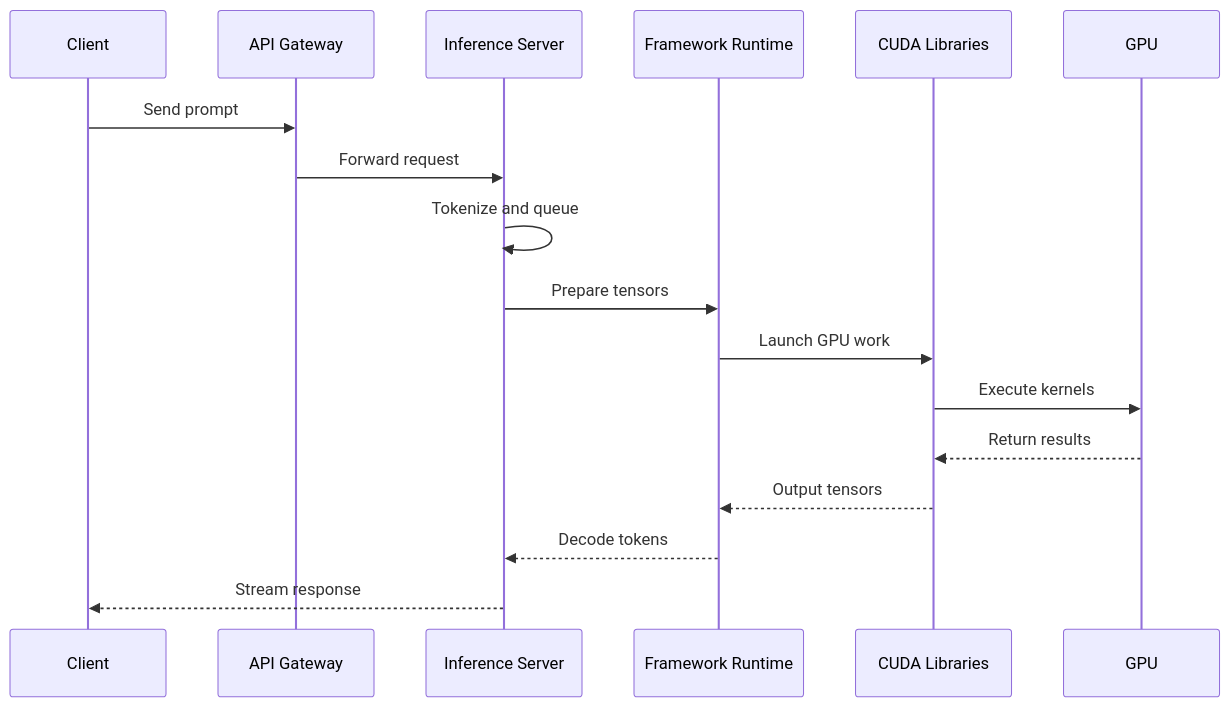
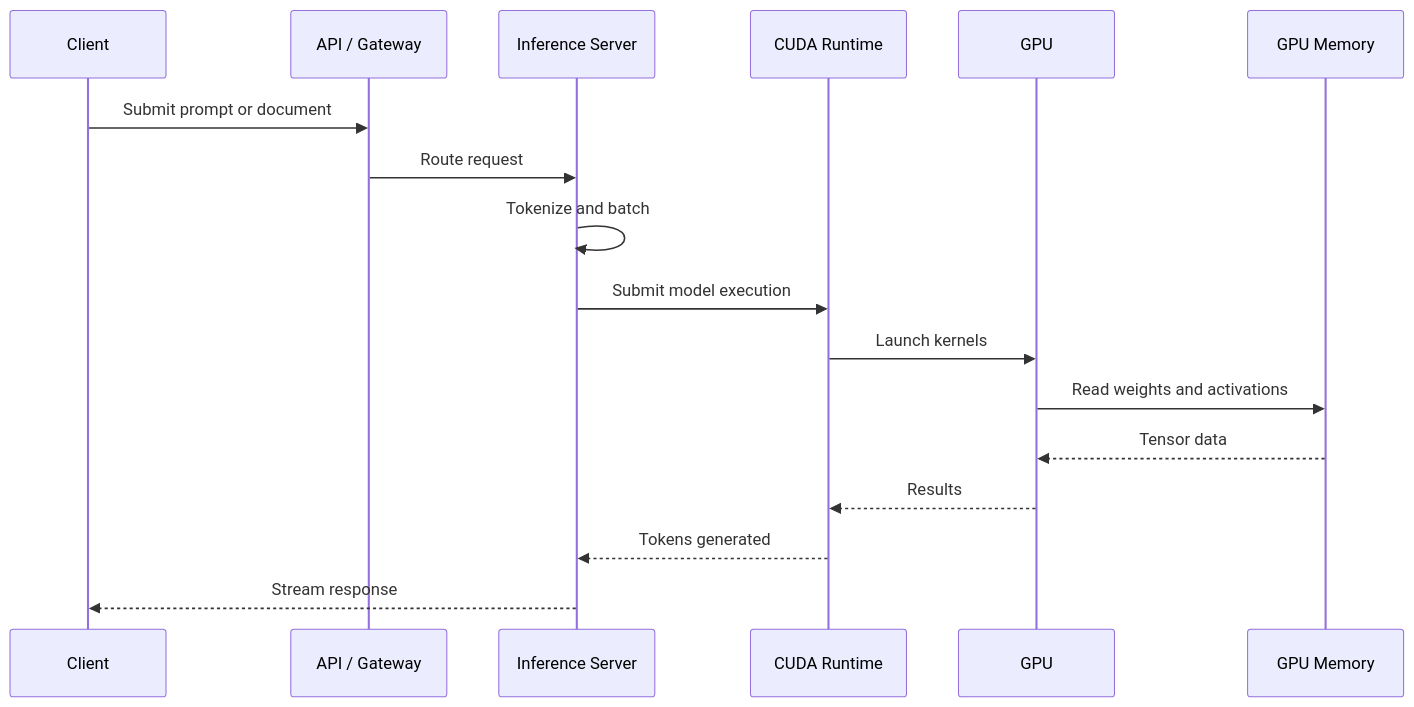
The second of 2 diagrams in docs/nvidia-zero-to-hero/volume-01/chapter-01-what-is-ai-infrastructure.md (jithinpnjm/nvidia-devops), drawn with Mermaid before and after one commit. The commit also changed other lines of this file, not shown here.

````diff
--- a/docs/nvidia-zero-to-hero/volume-01/chapter-01-what-is-ai-infrastructure.md
+++ b/docs/nvidia-zero-to-hero/volume-01/chapter-01-what-is-ai-infrastructure.md
@@ -203,20 +88,20 @@
 ```mermaid
 sequenceDiagram
     participant Client
-    participant API as API Gateway
+    participant API as API / Gateway
     participant Server as Inference Server
-    participant Runtime as Framework Runtime
-    participant CUDA as CUDA Libraries
-    participant GPU as GPU
+    participant Runtime as CUDA Runtime
+    participant GPU
+    participant Memory as GPU Memory
 
-    Client->>API: Send prompt
-    API->>Server: Forward request
-    Server->>Server: Tokenize and queue
-    Server->>Runtime: Prepare tensors
-    Runtime->>CUDA: Launch GPU work
-    CUDA->>GPU: Execute kernels
-    GPU-->>CUDA: Return results
-    CUDA-->>Runtime: Output tensors
-    Runtime-->>Server: Decode tokens
+    Client->>API: Submit prompt or document
+    API->>Server: Route request
+    Server->>Server: Tokenize and batch
+    Server->>Runtime: Submit model execution
+    Runtime->>GPU: Launch kernels
+    GPU->>Memory: Read weights and activations
+    Memory-->>GPU: Tensor data
+    GPU-->>Runtime: Results
+    Runtime-->>Server: Tokens generated
     Server-->>Client: Stream response
 ```
````
